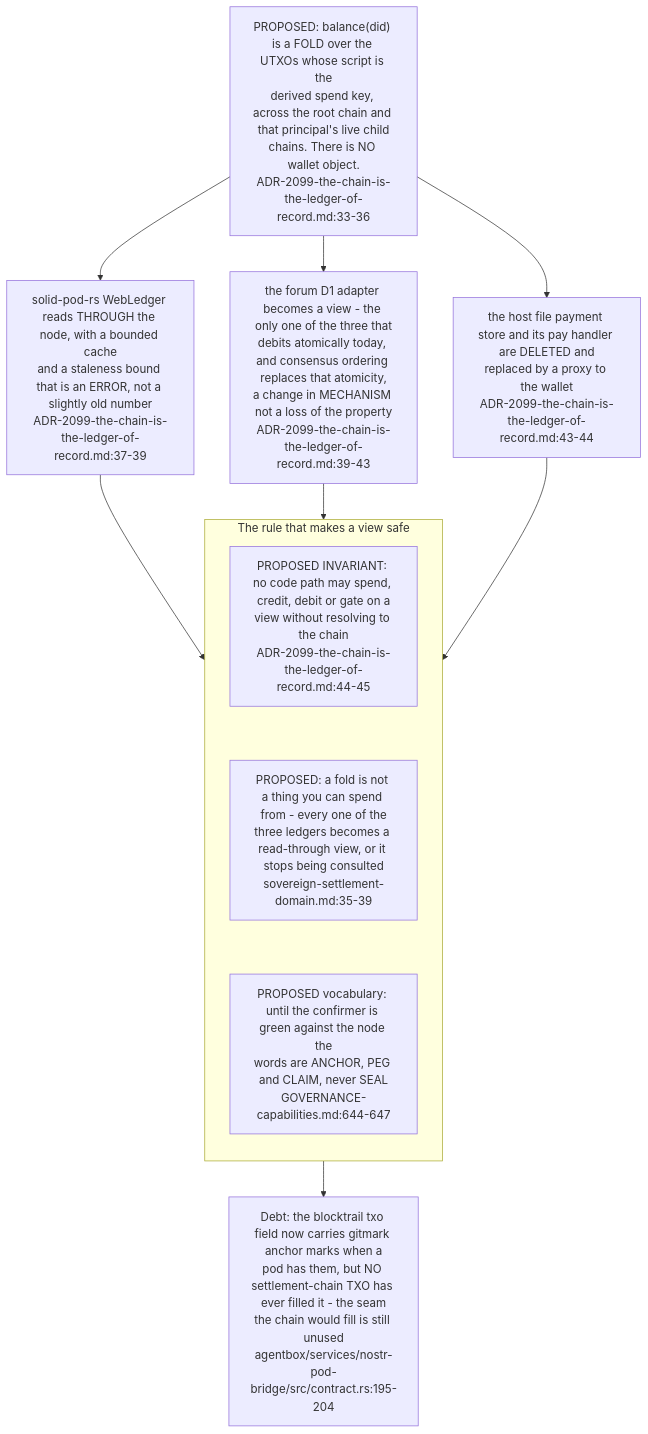
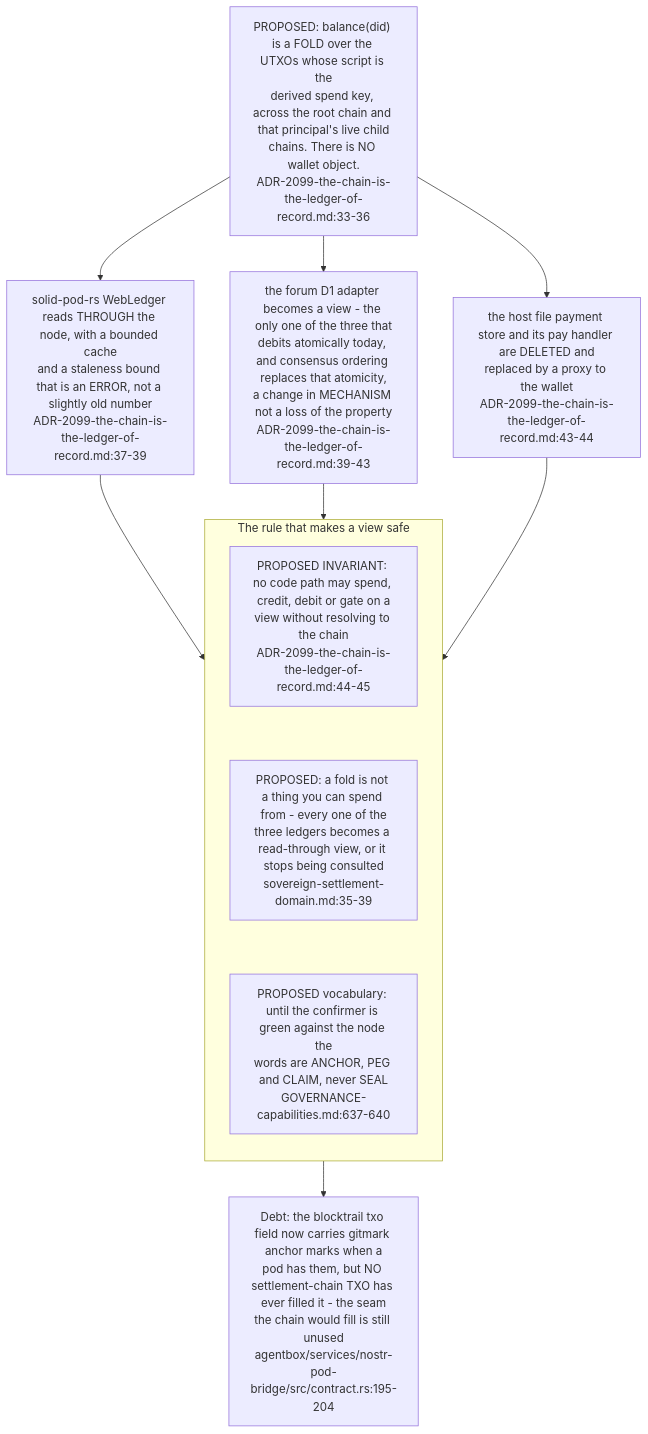
One commit to DreamLab-AI/VisionFlow changed the fourth of 7 diagrams in docs/diagrams/agentbox/31-sovereign-settlement.md. Above: the diagram before and after it, drawn with Mermaid. The commit also changed other lines of this file and 145 other files, not shown here.

````diff
--- a/docs/diagrams/agentbox/31-sovereign-settlement.md
+++ b/docs/diagrams/agentbox/31-sovereign-settlement.md
@@ -168,18 +168,18 @@
 ```mermaid
 flowchart TB
     FOLD["PROPOSED: balance(did) is a FOLD over the UTXOs whose script is the<br/>derived spend key, across the root chain and that principal's live child<br/>chains. There is NO wallet object.<br/>ADR-2099-the-chain-is-the-ledger-of-record.md:33-36"]
     FOLD --> V1["solid-pod-rs WebLedger reads THROUGH the node, with a bounded cache<br/>and a staleness bound that is an ERROR, not a slightly old number<br/>ADR-2099-the-chain-is-the-ledger-of-record.md:37-39"]
     FOLD --> V2["the forum D1 adapter becomes a view - the only one of the three that<br/>debits atomically today, and consensus ordering replaces that atomicity,<br/>a change in MECHANISM not a loss of the property<br/>ADR-2099-the-chain-is-the-ledger-of-record.md:39-43"]
     FOLD --> V3["the host file payment store and its pay handler are DELETED and<br/>replaced by a proxy to the wallet<br/>ADR-2099-the-chain-is-the-ledger-of-record.md:43-44"]
     subgraph rule["The rule that makes a view safe"]
         direction TB
         R1["PROPOSED INVARIANT: no code path may spend, credit, debit or gate on a<br/>view without resolving to the chain<br/>ADR-2099-the-chain-is-the-ledger-of-record.md:44-45"]
         R2["PROPOSED: a fold is not a thing you can spend from - every one of the<br/>three ledgers becomes a read-through view, or it stops being consulted<br/>sovereign-settlement-domain.md:35-39"]
-        R3["PROPOSED vocabulary: until the confirmer is green against the node the<br/>words are ANCHOR, PEG and CLAIM, never SEAL<br/>GOVERNANCE-capabilities.md:644-647"]
+        R3["PROPOSED vocabulary: until the confirmer is green against the node the<br/>words are ANCHOR, PEG and CLAIM, never SEAL<br/>GOVERNANCE-capabilities.md:637-640"]
         R1 ~~~ R2 ~~~ R3
     end
     V1 --> rule
     V2 --> rule
     V3 --> rule
     rule --> DEBT["Debt: the blocktrail txo field now carries gitmark anchor marks when a<br/>pod has them, but NO settlement-chain TXO has ever filled it - the seam<br/>the chain would fill is still unused<br/>agentbox/services/nostr-pod-bridge/src/contract.rs:195-204"]
 ```
````
